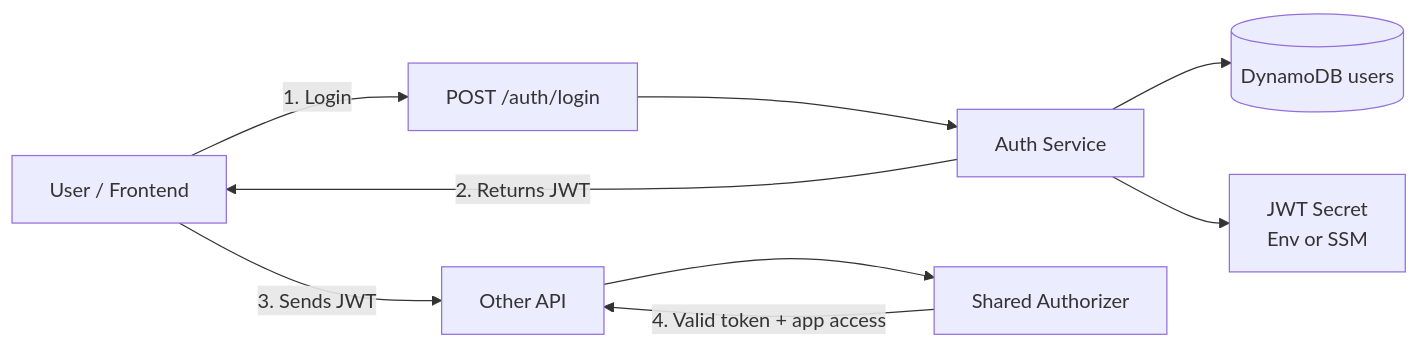
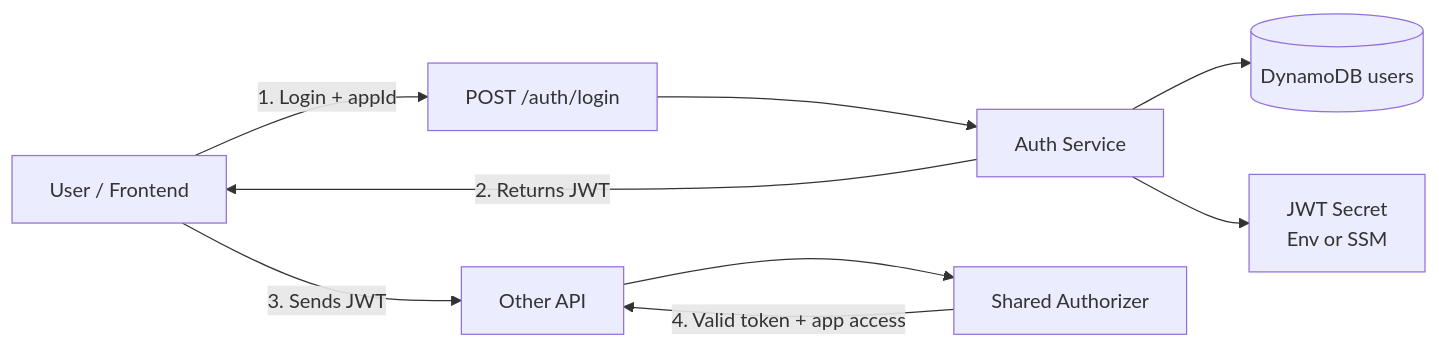
One commit to jralvarino/arj-auth-service changed the diagram in README.md. Above: the diagram before and after it, drawn with Mermaid.

````diff
--- a/README.md
+++ b/README.md
@@ -24,12 +24,12 @@
 ```mermaid
 flowchart LR
-    U[User / Frontend] -->|1. Login| LOGIN[POST /auth/login]
+    U[User / Frontend] -->|1. Login + appId| LOGIN[POST /auth/login]
     LOGIN --> AUTH[Auth Service]
     AUTH --> DB[(DynamoDB users)]
     AUTH --> SECRET[JWT Secret<br/>Env or SSM]
     AUTH -->|2. Returns JWT| U
 
     U -->|3. Sends JWT| API[Other API]
     API --> AUTHZ[Shared Authorizer]
     AUTHZ -->|4. Valid token + app access| API
 ```
````
